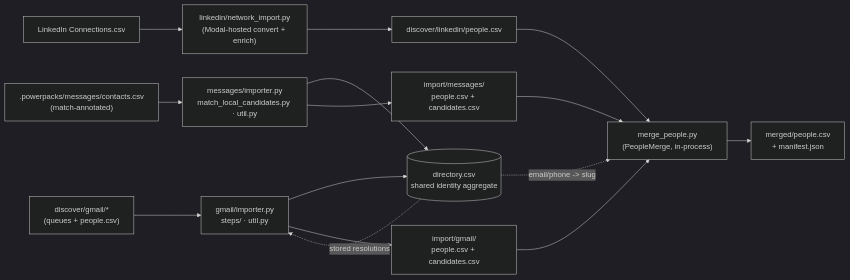
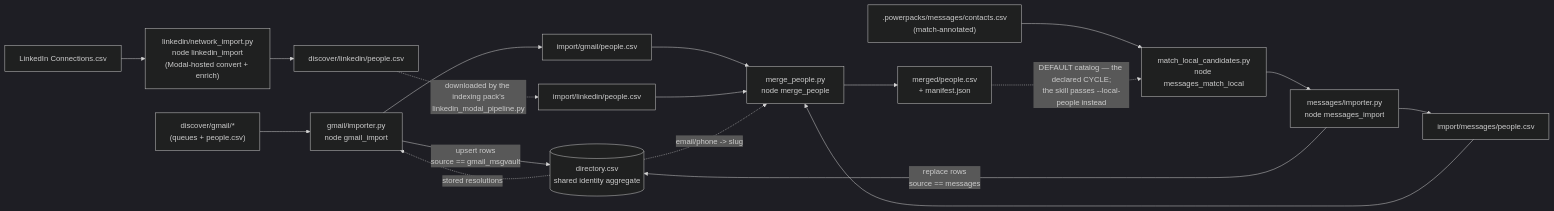
Before and after one commit to powerset-co/powerpacks: the diagram in packs/ingestion/primitives/imports/README.md, drawn with Mermaid (dark theme). The commit also changed other lines of this file and 15 other files, not shown here.

````diff
--- a/packs/ingestion/primitives/imports/README.md
+++ b/packs/ingestion/primitives/imports/README.md
@@ -52,25 +71,28 @@
 ```mermaid
 flowchart LR
   GDISC["discover/gmail/*<br/>(queues + people.csv)"]
   MDISC[".powerpacks/messages/contacts.csv<br/>(match-annotated)"]
   LCSV["LinkedIn Connections.csv"]
 
-  GDISC --> GIMP["gmail/importer.py<br/>steps/ · util.py"]
-  MDISC --> MIMP["messages/importer.py<br/>match_local_candidates.py · util.py"]
-  LCSV --> LIMP["linkedin/network_import.py<br/>(Modal-hosted convert + enrich)"]
+  GDISC --> GIMP["gmail/importer.py<br/>node gmail_import"]
+  MDISC --> MATCH["match_local_candidates.py<br/>node messages_match_local"]
+  MATCH --> MIMP["messages/importer.py<br/>node messages_import"]
+  LCSV --> LIMP["linkedin/network_import.py<br/>node linkedin_import<br/>(Modal-hosted convert + enrich)"]
 
   DIR[("directory.csv<br/>shared identity aggregate")]
-  GIMP --> DIR
-  MIMP --> DIR
+  GIMP -- "upsert rows<br/>source == gmail_msgvault" --> DIR
+  MIMP -- "replace rows<br/>source == messages" --> DIR
   DIR -. stored resolutions .-> GIMP
 
-  GIMP --> GP["import/gmail/<br/>people.csv + candidates.csv"]
-  MIMP --> MP["import/messages/<br/>people.csv + candidates.csv"]
+  GIMP --> GP["import/gmail/people.csv"]
+  MIMP --> MP["import/messages/people.csv"]
   LIMP --> LP["discover/linkedin/people.csv"]
+  LP -. "downloaded by the indexing pack's<br/>linkedin_modal_pipeline.py" .-> LI["import/linkedin/people.csv"]
 
-  GP --> FANIN["merge_people.py<br/>(PeopleMerge, in-process)"]
+  GP --> FANIN["merge_people.py<br/>node merge_people"]
   MP --> FANIN
-  LP --> FANIN
+  LI --> FANIN
   DIR -. email/phone -> slug .-> FANIN
   FANIN --> MERGED["merged/people.csv<br/>+ manifest.json"]
+  MERGED -. "DEFAULT catalog — the declared CYCLE;<br/>the skill passes --local-people instead" .-> MATCH
 ```
````
